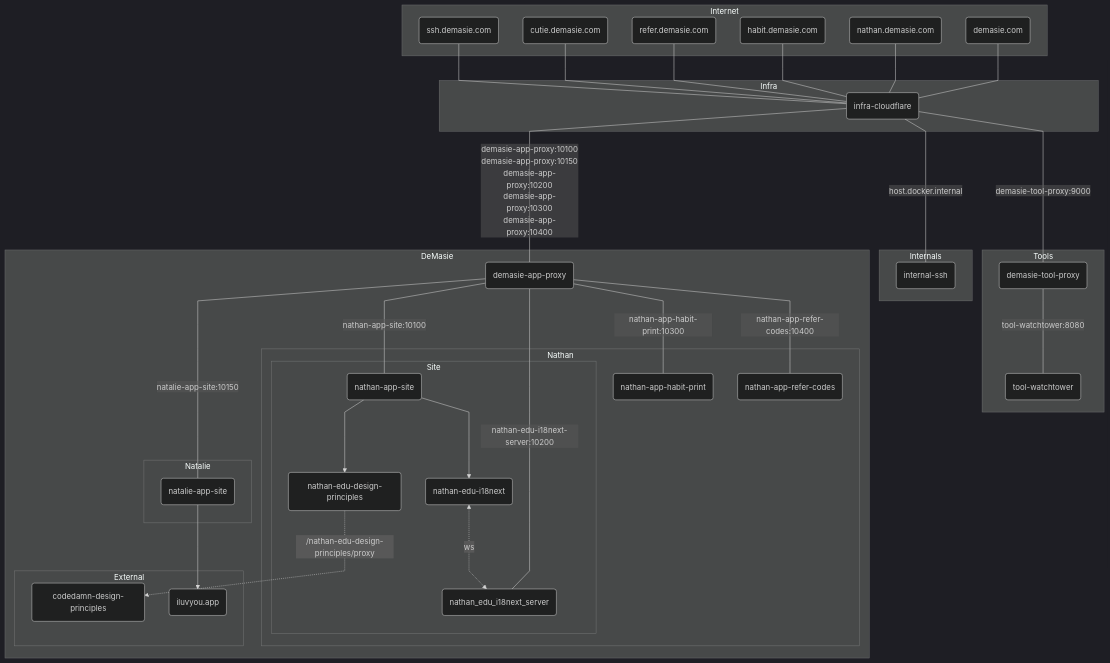
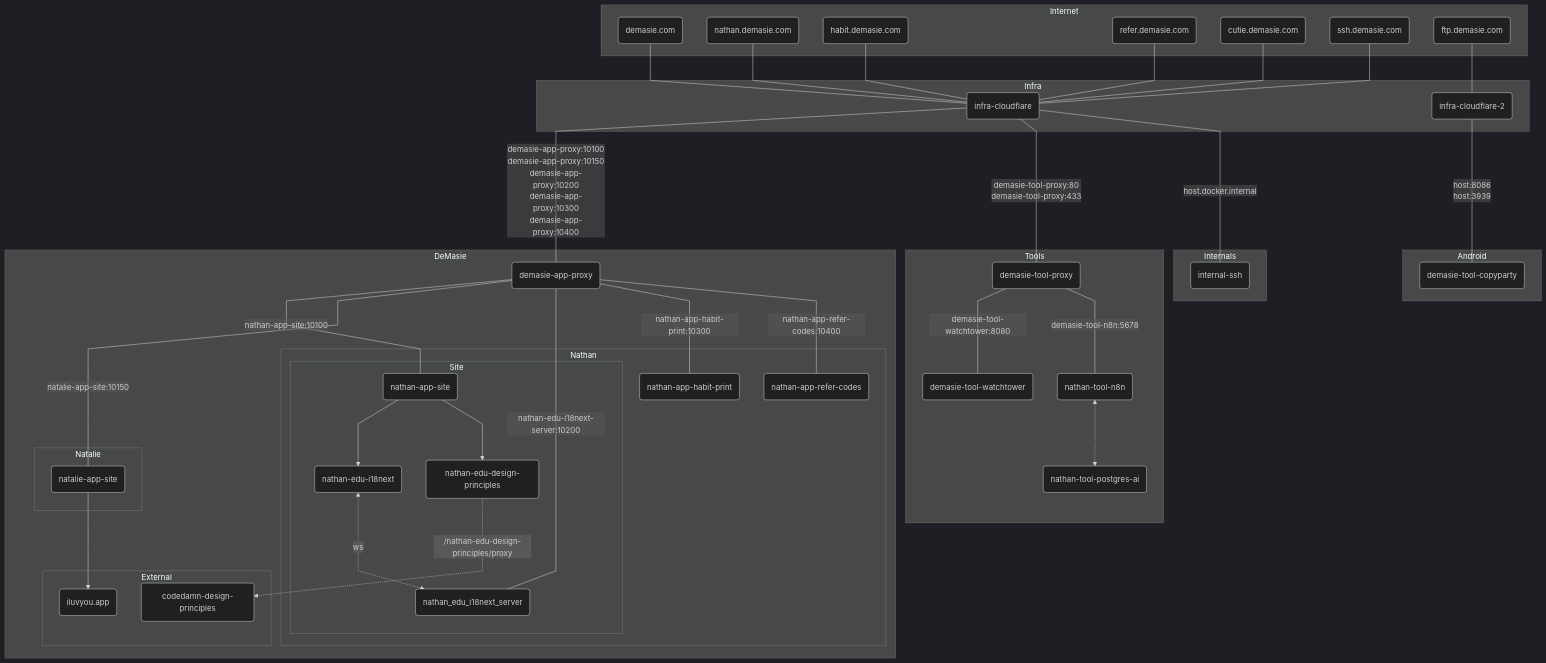
Before and after one commit to ndemasie/demasie.com: the diagram in README.md, drawn with Mermaid.

Commit message:
readme updates

```diff
--- a/README.md
+++ b/README.md
@@ -30,10 +30,16 @@
     domain_refer("refer.demasie.com")
     domain_cutie("cutie.demasie.com")
     domain_ssh("ssh.demasie.com")
+    domain_ftp("ftp.demasie.com")
   end
 
   subgraph Infra
     infra_cloudflare(infra-cloudflare)
+    infra_cloudflare_2(infra-cloudflare-2)
+  end
+
+  subgraph Android
+    demasie_tool_copyparty(demasie-tool-copyparty)
   end
 
   subgraph Internals
@@ -42,11 +48,15 @@
 
   subgraph Tools
     demasie_tool_proxy(demasie-tool-proxy)
-    tool_watchtower(tool-watchtower)
+    demasie_tool_watchtower(demasie-tool-watchtower)
+
+    nathan_tool_n8n(nathan-tool-n8n)
+    nathan_tool_postgres_ai(nathan-tool-postgres-ai)
   end
 
   subgraph DeMasie
     demasie_app_proxy(demasie-app-proxy)
+    demasie_tool_proxy(demasie-tool-proxy)
 
     subgraph Natalie
       natalie_app_site(natalie-app-site)
@@ -56,6 +66,7 @@
       nathan_edu_i18next(nathan-edu-i18next-server)
       nathan_app_habit_print(nathan-app-habit-print)
       nathan_app_refer_codes(nathan-app-refer-codes)
+
 
       subgraph Site
         nathan_app_site(nathan-app-site)
@@ -78,10 +89,12 @@
   domain_refer --- infra_cloudflare
   domain_cutie --- infra_cloudflare
   domain_ssh --- infra_cloudflare
+  domain_ftp --- infra_cloudflare_2
 
   infra_cloudflare ---|<div>demasie-app-proxy:10100</br>demasie-app-proxy:10150</br>demasie-app-proxy:10200</br>demasie-app-proxy:10300</br>demasie-app-proxy:10400</br></div>| demasie_app_proxy
-  infra_cloudflare ---|<div>demasie-tool-proxy:9000</div>| demasie_tool_proxy
+  infra_cloudflare ---|<div>demasie-tool-proxy:80</br>demasie-tool-proxy:433</div>| demasie_tool_proxy
   infra_cloudflare ---|<div>host.docker.internal</div>| internal_ssh
+  infra_cloudflare_2 ---|<div>host:8086</br>host:3939</div>| demasie_tool_copyparty
 
   demasie_app_proxy ---|<div>nathan-app-site:10100</div>| nathan_app_site
   demasie_app_proxy ---|<div>natalie-app-site:10150</div>| natalie_app_site
@@ -89,7 +102,10 @@
   demasie_app_proxy ---|<div>nathan-app-habit-print:10300</div>| nathan_app_habit_print
   demasie_app_proxy ---|<div>nathan-app-refer-codes:10400</div>| nathan_app_refer_codes
 
-  demasie_tool_proxy ---|<div>tool-watchtower:8080</div>| tool_watchtower
+  demasie_tool_proxy ---|<div>demasie-tool-watchtower:8080</div>| demasie_tool_watchtower
+  demasie_tool_proxy ---|<div>demasie-tool-n8n:5678</div>| nathan_tool_n8n
+
+  nathan_tool_n8n <-.-> nathan_tool_postgres_ai
 
   natalie_app_site --> iluvyou_app
 
```
